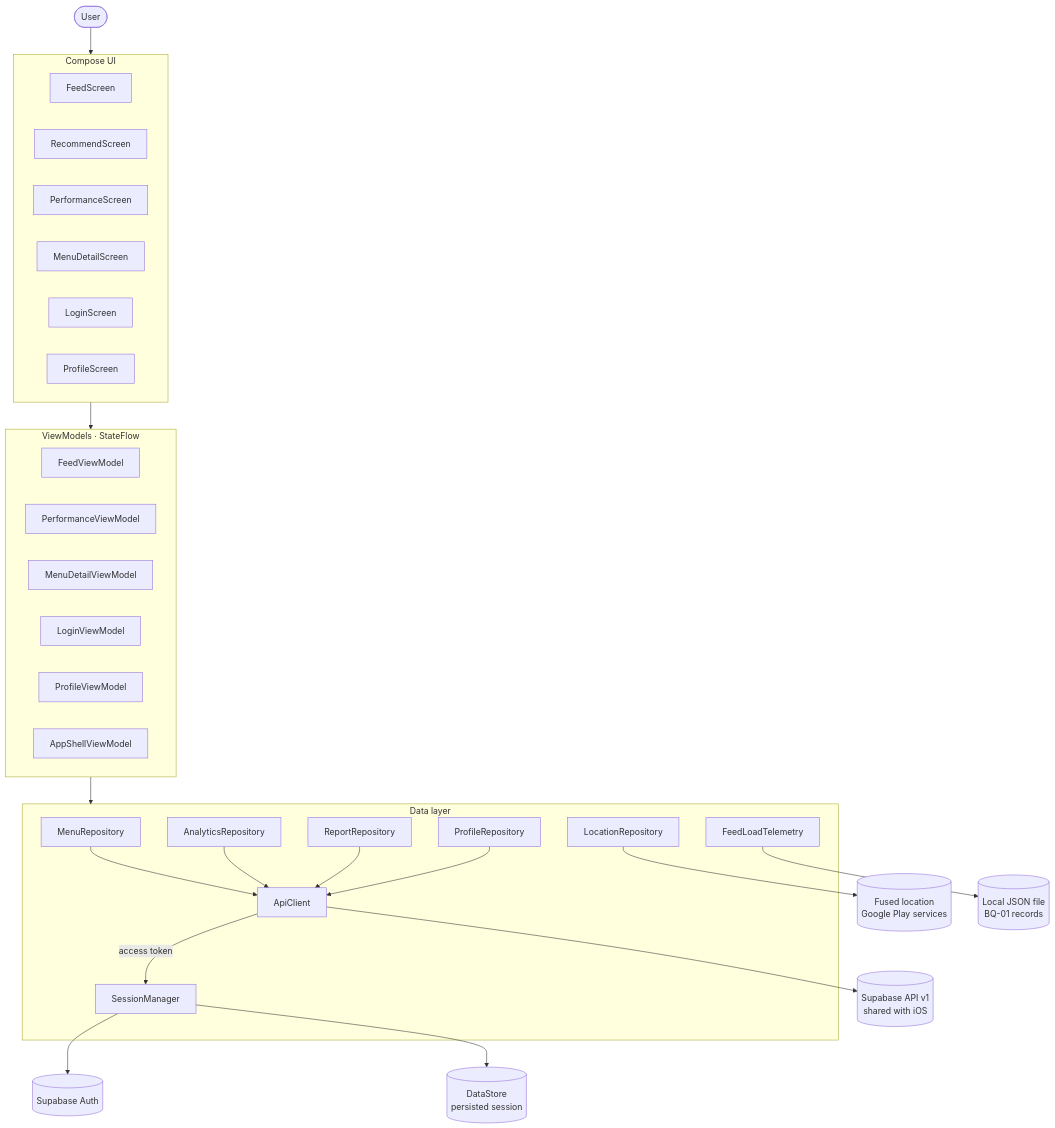
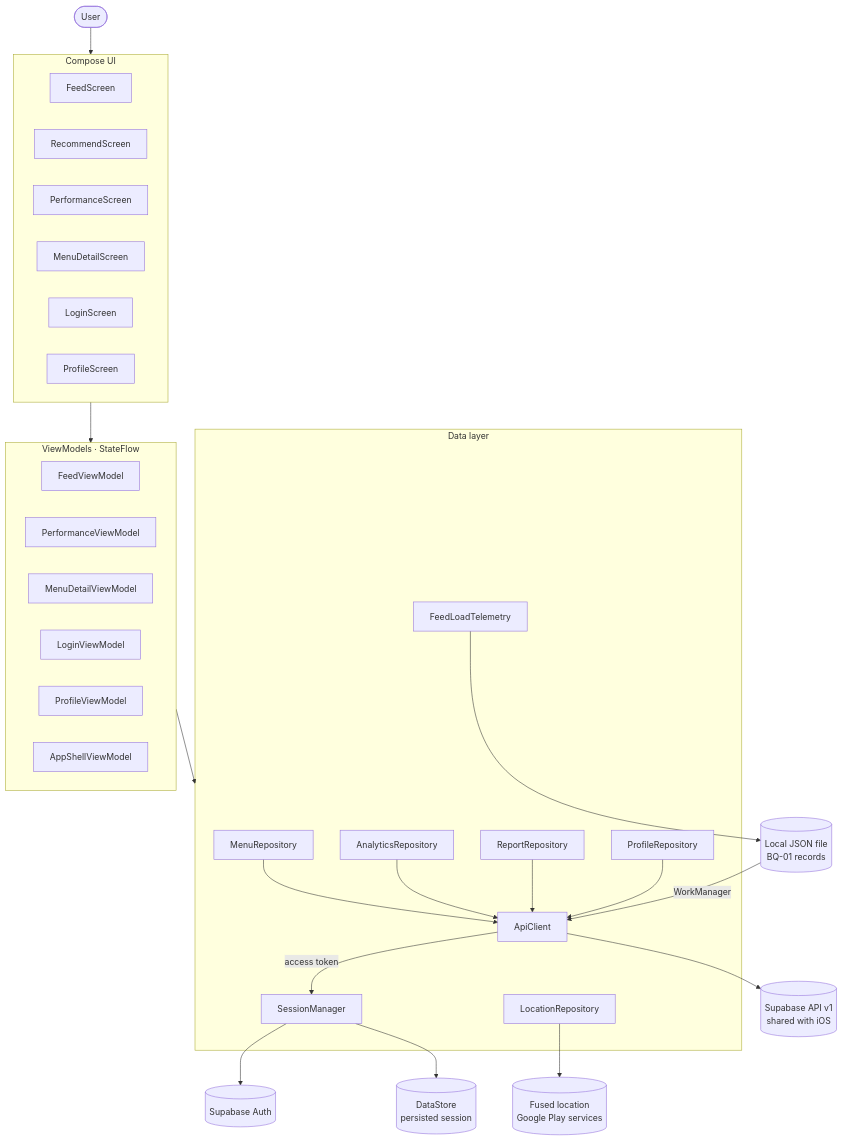
Before and after one commit to cmolina12/UniEat-Android: the first of 15 diagrams in docs/sprint2-sustentacion.md, drawn with Mermaid. The commit also changed other lines of this file and 7 other files, not shown here.

````diff
--- a/docs/sprint2-sustentacion.md
+++ b/docs/sprint2-sustentacion.md
@@ -46,38 +46,39 @@
 ```mermaid
 flowchart TB
     U([User]) --> UI
     subgraph UI["Compose UI"]
         FS[FeedScreen]
         RS[RecommendScreen]
         PS[PerformanceScreen]
         DS[MenuDetailScreen]
         LS[LoginScreen]
         PRS[ProfileScreen]
     end
     subgraph VMS["ViewModels · StateFlow"]
         FVM[FeedViewModel]
         PVM[PerformanceViewModel]
         DVM[MenuDetailViewModel]
         LVM[LoginViewModel]
         PRVM[ProfileViewModel]
         SHVM[AppShellViewModel]
     end
     subgraph DATA["Data layer"]
         MR[MenuRepository]
         AR[AnalyticsRepository]
         RR[ReportRepository]
         LR[LocationRepository]
         PR[ProfileRepository]
         FLT[FeedLoadTelemetry]
         AC[ApiClient]
         SM[SessionManager]
     end
     UI --> VMS --> DATA
     MR & AR & RR & PR --> AC
     AC -- access token --> SM
     SM --> AUTH[("Supabase Auth")]
     SM --> DSTORE[("DataStore<br/>persisted session")]
     AC --> SB[("Supabase API v1<br/>shared with iOS")]
     LR --> GPS[("Fused location<br/>Google Play services")]
     FLT --> FILE[("Local JSON file<br/>BQ-01 records")]
+    FILE -- WorkManager --> AC
 ```
````
